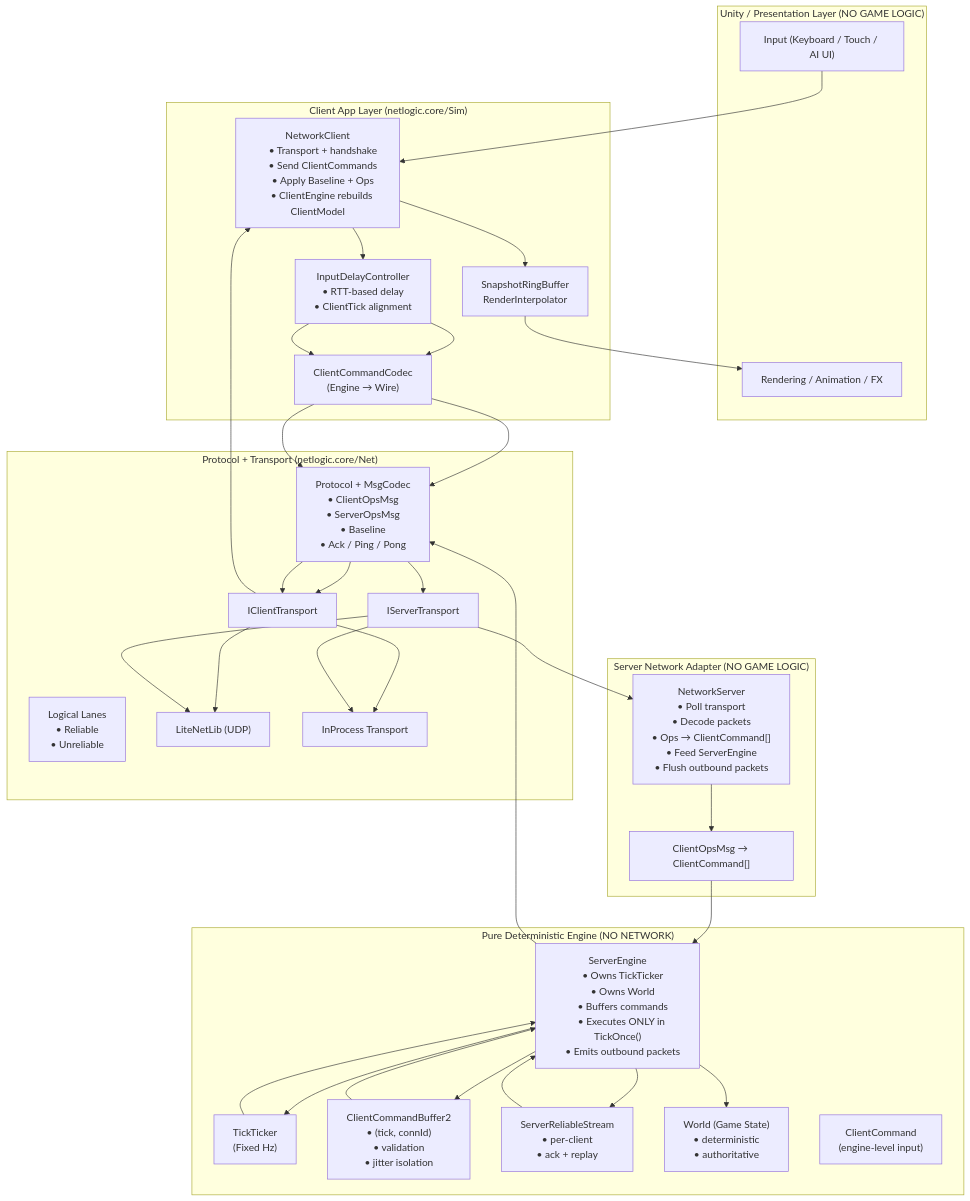
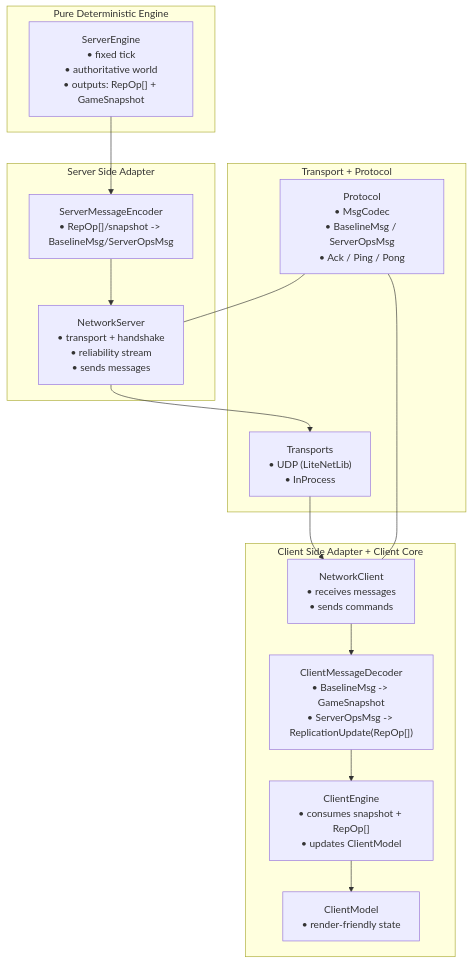
One commit to chenfanggm/netlogic changed the diagram in README.md. Above: the diagram before and after it, drawn with Mermaid. The commit also changed other lines of this file and 8 other files, not shown here.

````diff
--- a/README.md
+++ b/README.md
@@ -37,130 +29,27 @@
 ```mermaid
 flowchart TB
-  %% =========================================================
-  %% PRESENTATION
-  %% =========================================================
-  subgraph Unity["Unity / Presentation Layer (NO GAME LOGIC)"]
-    UI["Input (Keyboard / Touch / AI UI)"]
-    Render["Rendering / Animation / FX"]
+  subgraph Engine["Pure Deterministic Engine"]
+    SE["ServerEngine\n• fixed tick\n• authoritative world\n• outputs: RepOp[] + GameSnapshot"]
   end
 
-  %% =========================================================
-  %% CLIENT APP
-  %% =========================================================
-  subgraph Client["Client App Layer (netlogic.core/Sim)"]
-    GC["NetworkClient
-    • Transport + handshake
-    • Send ClientCommands
-    • Apply Baseline + Ops
-    • ClientEngine rebuilds ClientModel"]
-
-    Delay["InputDelayController
-    • RTT-based delay
-    • ClientTick alignment"]
-
-    Interp["SnapshotRingBuffer
-    RenderInterpolator"]
-
-    CmdCodec["ClientCommandCodec
-    (Engine → Wire)"]
+  subgraph ServerSide["Server Side Adapter"]
+    SME["ServerMessageEncoder\n• RepOp[]/snapshot -> BaselineMsg/ServerOpsMsg"]
+    NS["NetworkServer\n• transport + handshake\n• reliability stream\n• sends messages"]
   end
 
-  %% =========================================================
-  %% NETWORK / PROTOCOL
-  %% =========================================================
-  subgraph Net["Protocol + Transport (netlogic.core/Net)"]
-    Msg["Protocol + MsgCodec
-    • ClientOpsMsg
-    • ServerOpsMsg
-    • Baseline
-    • Ack / Ping / Pong"]
-
-    Lanes["Logical Lanes
-    • Reliable
-    • Unreliable"]
-
-    CT["IClientTransport"]
-    ST["IServerTransport"]
-
-    UDP["LiteNetLib (UDP)"]
-    InProc["InProcess Transport"]
+  subgraph Net["Transport + Protocol"]
+    T["Transports\n• UDP (LiteNetLib)\n• InProcess"]
+    P["Protocol\n• MsgCodec\n• BaselineMsg / ServerOpsMsg\n• Ack / Ping / Pong"]
   end
 
-  %% =========================================================
-  %% SERVER ADAPTER
-  %% =========================================================
-  subgraph ServerAdapter["Server Network Adapter (NO GAME LOGIC)"]
-    GS["NetworkServer
-    • Poll transport
-    • Decode packets
-    • Ops → ClientCommand[]
-    • Feed ServerEngine
-    • Flush outbound packets"]
-
-    Conv["ClientOpsMsg → ClientCommand[]"]
+  subgraph ClientSide["Client Side Adapter + Client Core"]
+    NC["NetworkClient\n• receives messages\n• sends commands"]
+    CMD["ClientMessageDecoder\n• BaselineMsg -> GameSnapshot\n• ServerOpsMsg -> ReplicationUpdate(RepOp[])"]
+    CE["ClientEngine\n• consumes snapshot + RepOp[]\n• updates ClientModel"]
+    CM["ClientModel\n• render-friendly state"]
   end
 
-  %% =========================================================
-  %% PURE ENGINE (AUTHORITATIVE)
-  %% =========================================================
-  subgraph Engine["Pure Deterministic Engine (NO NETWORK)"]
-    SE["ServerEngine
-    • Owns TickTicker
-    • Owns World
-    • Buffers commands
-    • Executes ONLY in TickOnce()
-    • Emits outbound packets"]
-
-    Tick["TickTicker
-    (Fixed Hz)"]
-
-    CmdBuf["ClientCommandBuffer2
-    • (tick, connId)
-    • validation
-    • jitter isolation"]
-
-    RS["ServerReliableStream
-    • per-client
-    • ack + replay"]
-
-    World["World (Game State)
-    • deterministic
-    • authoritative"]
-
-    Cmd["ClientCommand
-    (engine-level input)"]
-  end
-
-  %% =========================================================
-  %% DATA FLOW
-  %% =========================================================
-
-  %% Input
-  UI --> GC
-  GC --> Delay
-
-  %% Client → Server (Commands)
-  Delay --> CmdCodec --> Msg --> CT --> UDP
-  Delay --> CmdCodec --> Msg --> CT --> InProc
-
-  %% Server Receive
-  ST --> UDP
-  ST --> InProc
-  ST --> GS --> Conv --> SE
-  SE --> CmdBuf
-  CmdBuf --> SE
-
-  %% Tick
-  SE --> Tick
-  Tick --> SE
-  SE --> World
-
-  %% Server → Client (Outbound)
-  SE --> RS
-  RS --> SE
-  SE --> Msg --> ST
-
-  %% Client Receive
-  CT --> GC
-  GC --> Interp --> Render
+  SE --> SME --> NS --> T --> NC --> CMD --> CE --> CM
+  P --- NS
+  P --- NC
 ```
````
